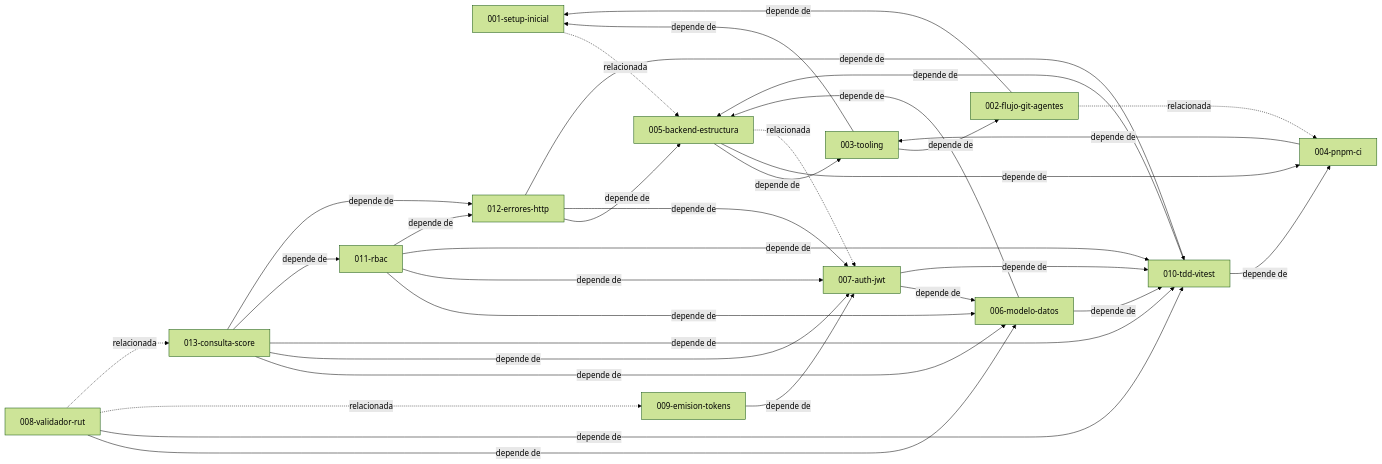
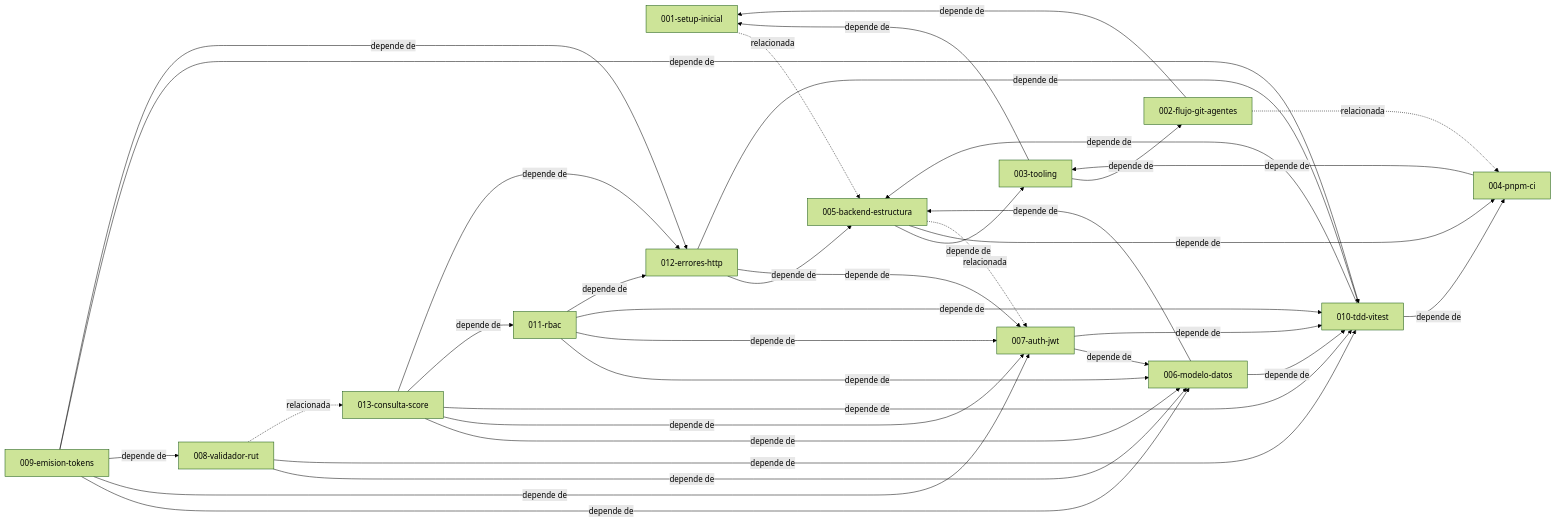
The diagram in docs/specs/README.md (DavidSlva/financial-risk-manager), drawn with Mermaid (forest theme) before and after one commit. The commit also changed other lines of this file and 4 other files, not shown here.

````diff
--- a/docs/specs/README.md
+++ b/docs/specs/README.md
@@ -25,48 +25,51 @@
 ```mermaid
 graph LR
   S001[001-setup-inicial]
   S002[002-flujo-git-agentes]
   S003[003-tooling]
   S004[004-pnpm-ci]
   S005[005-backend-estructura]
   S006[006-modelo-datos]
   S007[007-auth-jwt]
   S008[008-validador-rut]
   S009[009-emision-tokens]
   S010[010-tdd-vitest]
   S011[011-rbac]
   S012[012-errores-http]
   S013[013-consulta-score]
   S001 -.->|relacionada| S005
   S002 -->|depende de| S001
   S002 -.->|relacionada| S004
   S003 -->|depende de| S001
   S003 -->|depende de| S002
   S004 -->|depende de| S003
   S005 -->|depende de| S003
   S005 -->|depende de| S004
   S005 -.->|relacionada| S007
   S006 -->|depende de| S005
   S006 -->|depende de| S010
   S007 -->|depende de| S006
   S007 -->|depende de| S010
   S008 -->|depende de| S006
   S008 -->|depende de| S010
-  S008 -.->|relacionada| S009
   S008 -.->|relacionada| S013
+  S009 -->|depende de| S006
   S009 -->|depende de| S007
+  S009 -->|depende de| S008
+  S009 -->|depende de| S010
+  S009 -->|depende de| S012
   S010 -->|depende de| S004
   S010 -->|depende de| S005
   S011 -->|depende de| S006
   S011 -->|depende de| S007
   S011 -->|depende de| S010
   S011 -->|depende de| S012
   S012 -->|depende de| S005
   S012 -->|depende de| S007
   S012 -->|depende de| S010
   S013 -->|depende de| S006
   S013 -->|depende de| S007
   S013 -->|depende de| S010
   S013 -->|depende de| S011
   S013 -->|depende de| S012
 ```
````
